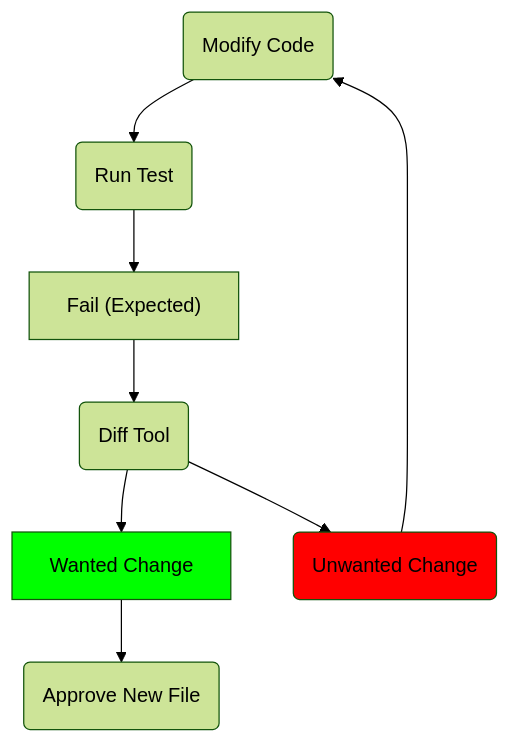
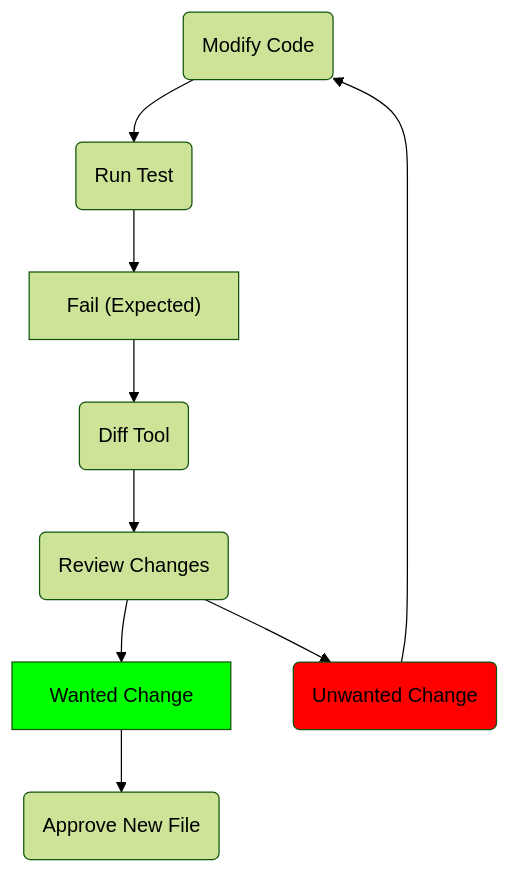
Before and after one commit to approvals/ApprovalTests.Python: the second of 5 diagrams in docs/explanation/approval_testing.md, drawn with Mermaid (forest theme). The commit also changed other lines of this file, not shown here.

````diff
--- a/docs/explanation/approval_testing.md
+++ b/docs/explanation/approval_testing.md
@@ -38,10 +38,13 @@
 ```mermaid
 flowchart
-mod(Modify Code) --> run(Run Test) --> fail["Fail (Expected)"]  --> diff(Diff Tool) 
-diff-->wanted[Wanted Change]
+mod(Modify Code) --> run(Run Test)
+--> fail["Fail (Expected)"]  
+--> diff(Diff Tool)  
+--> compare(Review Changes)
+-->wanted[Wanted Change]
 style wanted fill:#0f0
-diff --> unwanted(Unwanted Change)
+compare --> unwanted(Unwanted Change)
 style unwanted fill:#f00
 unwanted --> mod
 wanted --> approve(Approve New File)
 ```
````
